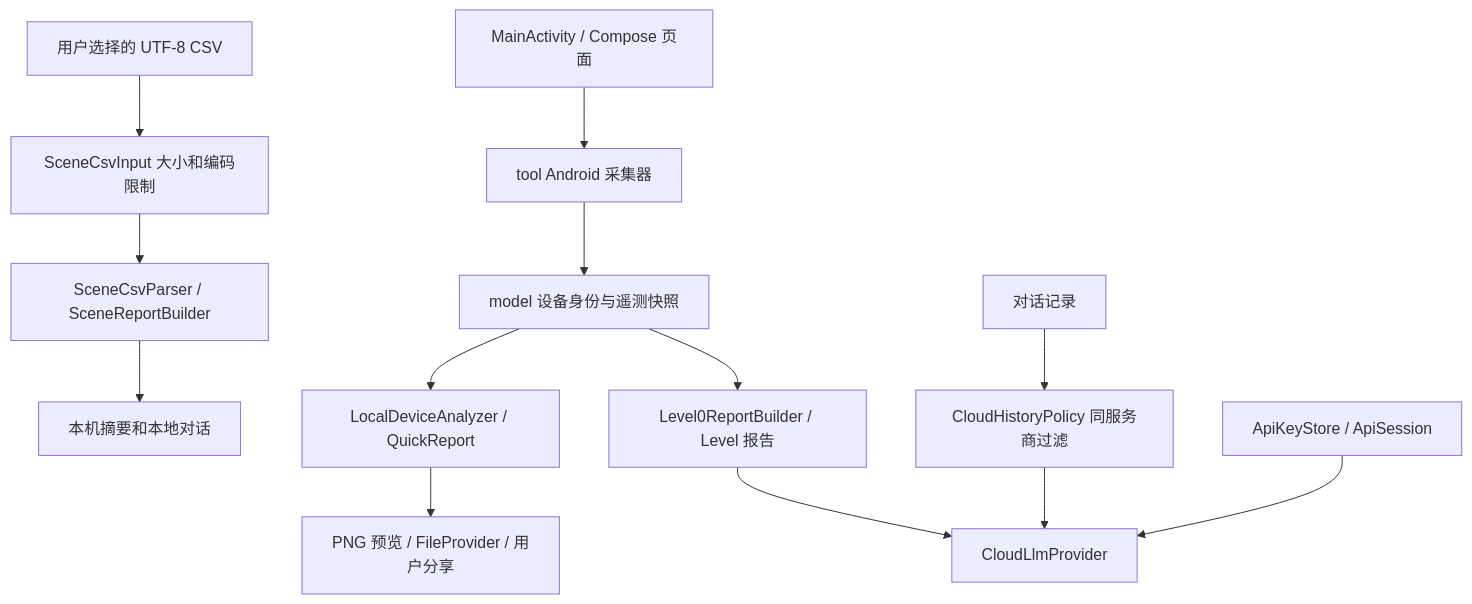
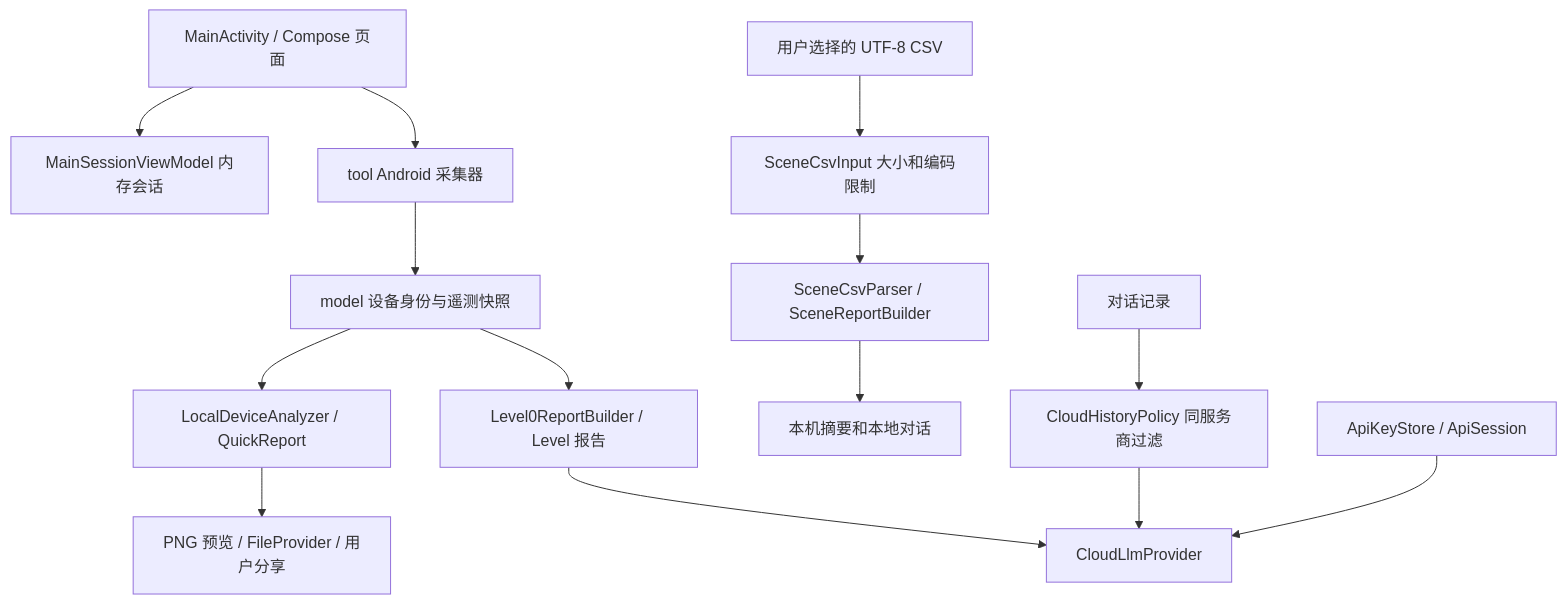
Before and after one commit to lzh2034855417-beep/Android-Personal-Agent: the diagram in docs/ARCHITECTURE.md, drawn with Mermaid. The commit also changed other lines of this file and 11 other files, not shown here.

````diff
--- a/docs/ARCHITECTURE.md
+++ b/docs/ARCHITECTURE.md
@@ -9,15 +9,16 @@
 ```mermaid
 flowchart TD
-    UI[MainActivity / Compose 页面] --> Collect[tool Android 采集器]
+    UI[MainActivity / Compose 页面] --> Session[MainSessionViewModel 内存会话]
+    UI --> Collect[tool Android 采集器]
     Collect --> Model[model 设备身份与遥测快照]
     CSV[用户选择的 UTF-8 CSV] --> Limit[SceneCsvInput 大小和编码限制]
     Limit --> Parse[SceneCsvParser / SceneReportBuilder]
     Parse --> Local[本机摘要和本地对话]
     Model --> Rules[LocalDeviceAnalyzer / QuickReport]
     Model --> Report[Level0ReportBuilder / Level 报告]
     Report --> Cloud[CloudLlmProvider]
     History[对话记录] --> Policy[CloudHistoryPolicy 同服务商过滤]
     Policy --> Cloud
     Keys[ApiKeyStore / ApiSession] --> Cloud
     Rules --> Share[PNG 预览 / FileProvider / 用户分享]
 ```
````
